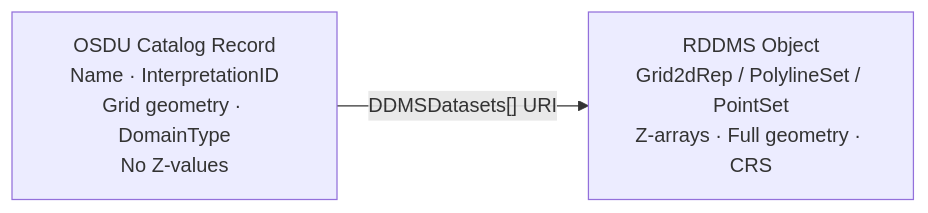
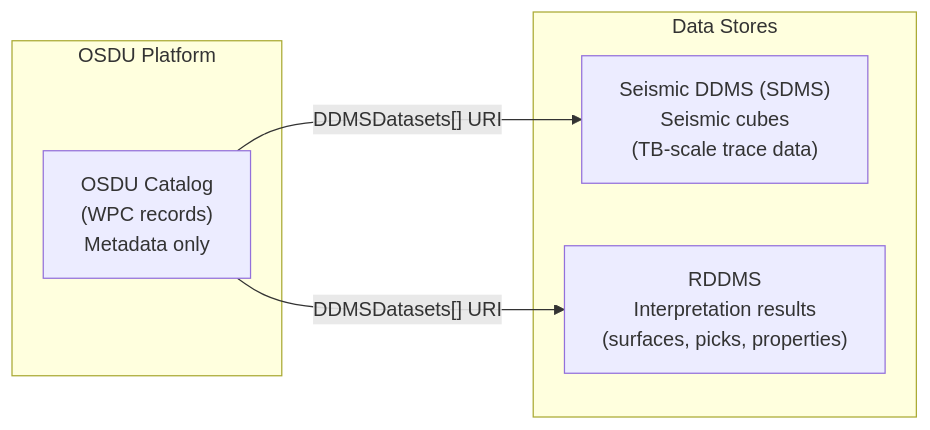
Before and after one commit to equinor/ores: the second of 6 diagrams in md/SeisInt.md, drawn with Mermaid. The commit also changed other lines of this file, not shown here.

````diff
--- a/md/SeisInt.md
+++ b/md/SeisInt.md
@@ -29,6 +42,13 @@
 ```mermaid
 flowchart LR
-  OSDU["OSDU Catalog Record\nName · InterpretationID\nGrid geometry · DomainType\nNo Z-values"]
-  RDDMS["RDDMS Object\nGrid2dRep / PolylineSet / PointSet\nZ-arrays · Full geometry · CRS"]
-  OSDU -- "DDMSDatasets[] URI" --> RDDMS
+    subgraph "OSDU Platform"
+        CAT["OSDU Catalog\n(WPC records)\nMetadata only"]
+    end
+    subgraph "Data Stores"
+        SDMS["Seismic DDMS (SDMS)\nSeismic cubes\n(TB-scale trace data)"]
+        RDDMS["RDDMS\nInterpretation results\n(surfaces, picks, properties)"]
+    end
+
+    CAT -- "DDMSDatasets[] URI" --> RDDMS
+    CAT -- "DDMSDatasets[] URI" --> SDMS
 ```
````
